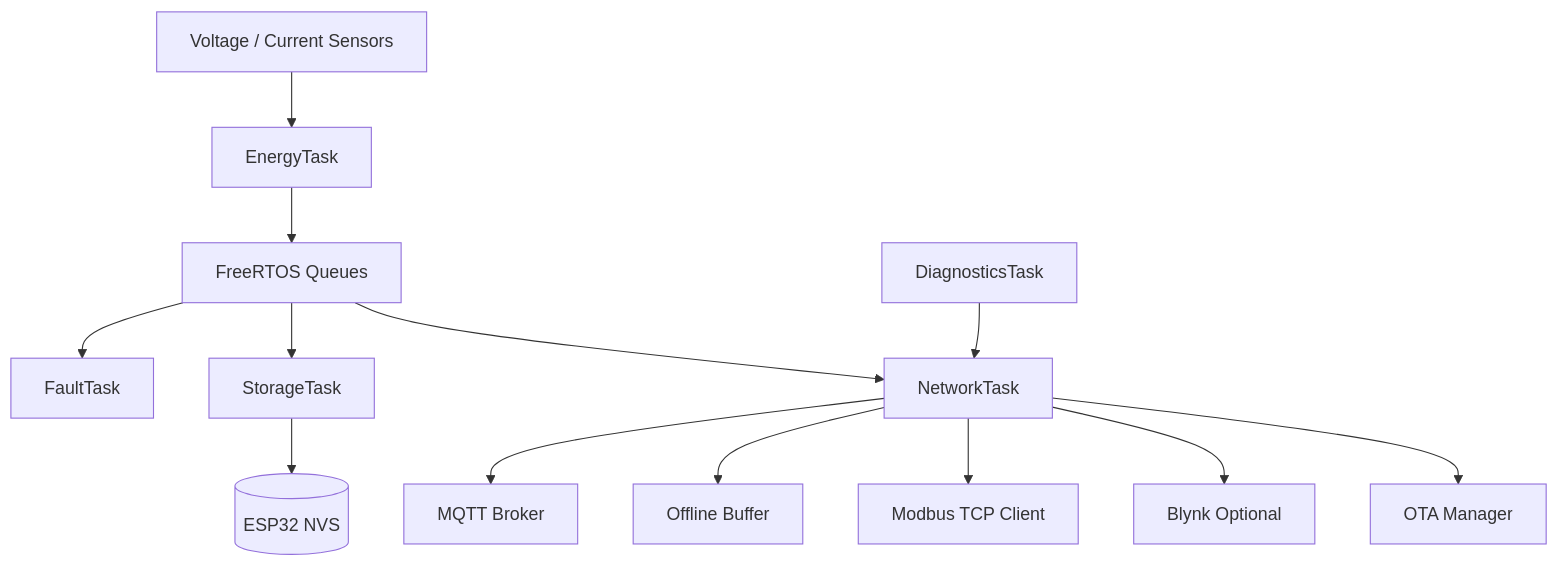
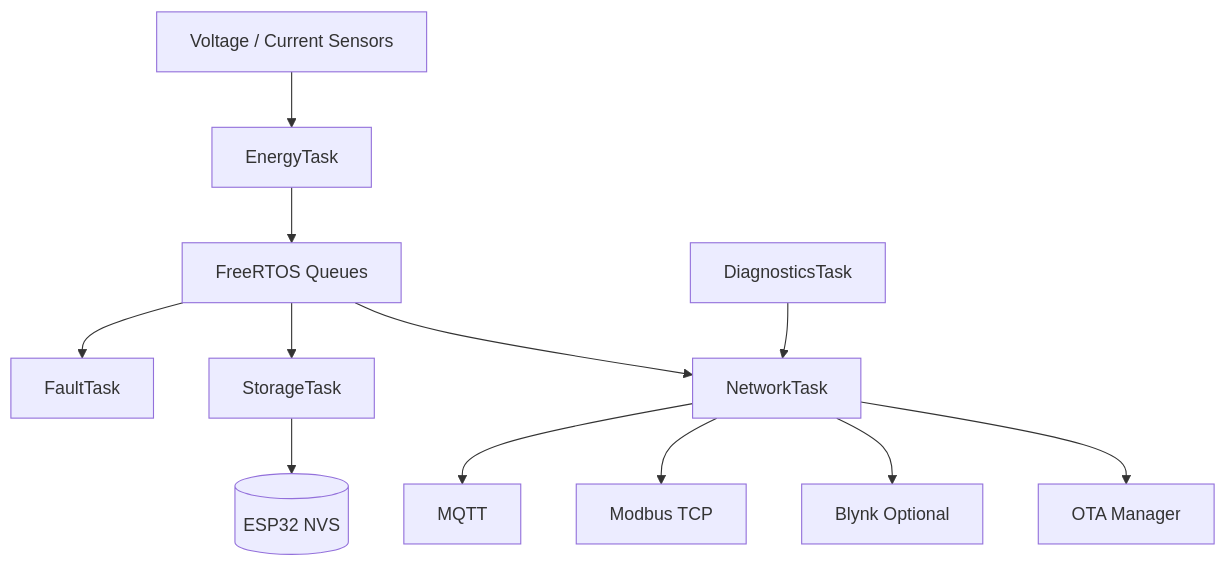
Before and after one commit to ANUKOOL324/Industrial_Energy_Edge_Controller: the diagram in README.md, drawn with Mermaid. The commit also changed other lines of this file and 1 other file, not shown here.

````diff
--- a/README.md
+++ b/README.md
@@ -22,29 +20,14 @@
 ```mermaid
 flowchart TD
-    Sensors[Voltage / Current Sensors]
-    EnergyTask[EnergyTask]
-    Queues[FreeRTOS Queues]
-    FaultTask[FaultTask]
-    StorageTask[StorageTask]
-    NetworkTask[NetworkTask]
-    DiagnosticsTask[DiagnosticsTask]
-    NVS[(ESP32 NVS)]
-    MQTT[MQTT Broker]
-    Buffer[Offline Buffer]
-    Modbus[Modbus TCP Client]
-    Blynk[Blynk Optional]
-    OTA[OTA Manager]
-
-    Sensors --> EnergyTask
-    EnergyTask --> Queues
-    Queues --> FaultTask
-    Queues --> StorageTask
-    Queues --> NetworkTask
-    StorageTask --> NVS
-    NetworkTask --> MQTT
-    NetworkTask --> Buffer
-    NetworkTask --> Modbus
-    NetworkTask --> Blynk
-    NetworkTask --> OTA
-    DiagnosticsTask --> NetworkTask
+    Sensors[Voltage / Current Sensors] --> Energy[EnergyTask]
+    Energy --> Queues[FreeRTOS Queues]
+    Queues --> Fault[FaultTask]
+    Queues --> Storage[StorageTask]
+    Queues --> Network[NetworkTask]
+    Storage --> NVS[(ESP32 NVS)]
+    Network --> MQTT[MQTT]
+    Network --> Modbus[Modbus TCP]
+    Network --> Blynk[Blynk Optional]
+    Network --> OTA[OTA Manager]
+    Diagnostics[DiagnosticsTask] --> Network
 ```
````
